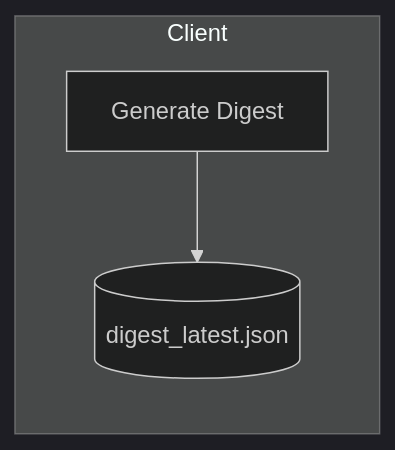
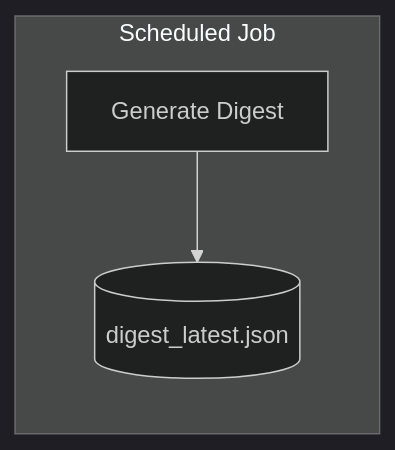
One commit to hoosierjay/local-dirt changed the diagram in README.md. Above: the diagram before and after it, drawn with Mermaid (dark theme).

Commit message:
Rename subgraph from 'Client' to 'Scheduled Job'

````diff
--- a/README.md
+++ b/README.md
@@ -30,8 +30,8 @@
 ```mermaid
 flowchart LR
-  subgraph Client
+  subgraph Scheduled Job
     Step4[Generate Digest]
     Step5[(digest_latest.json)]
   end
   Step4 --> Step5
 ```
````
